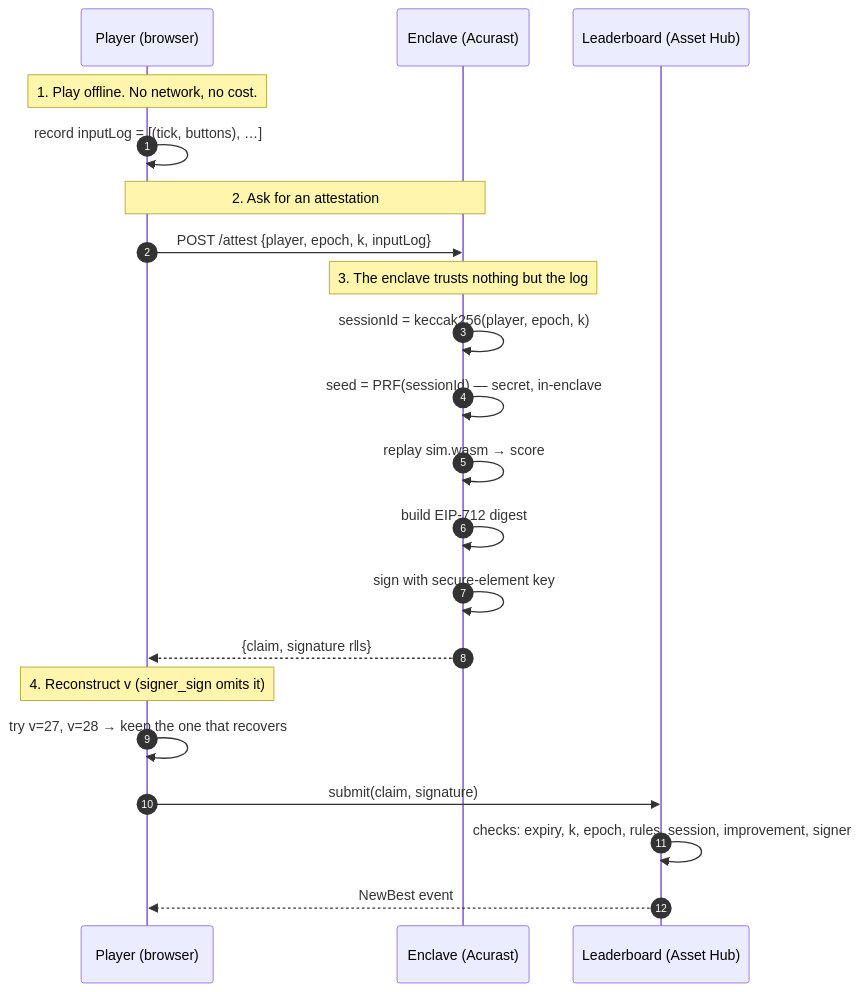
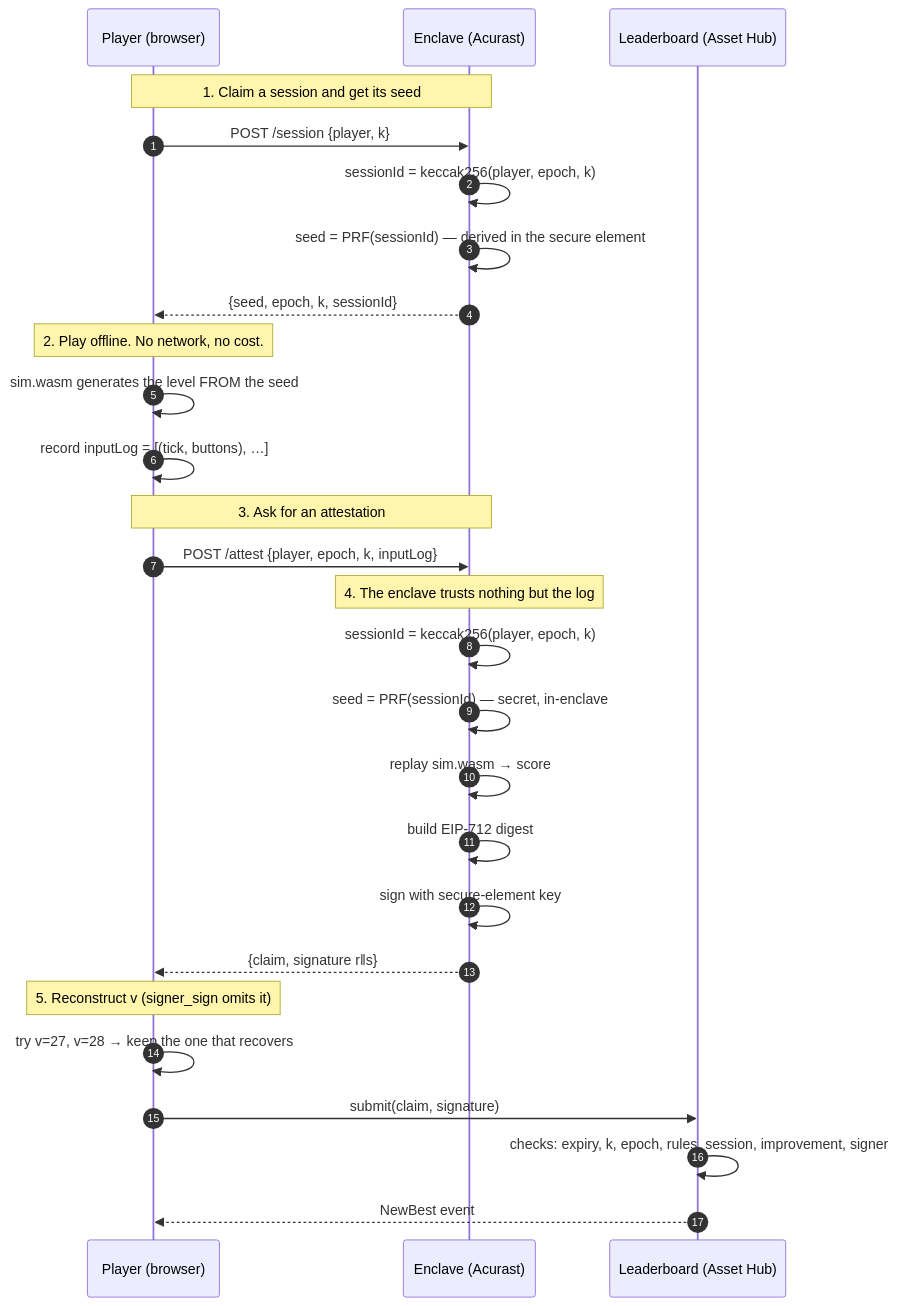
Before and after one commit to darwinsubramaniam/rainbow-polkadot: the second of 9 diagrams in docs/DEVELOPER-GUIDE.md, drawn with Mermaid. The commit also changed other lines of this file and 35 other files, not shown here.

````diff
--- a/docs/DEVELOPER-GUIDE.md
+++ b/docs/DEVELOPER-GUIDE.md
@@ -73,29 +73,36 @@
 ```mermaid
 sequenceDiagram
     autonumber
     participant P as Player (browser)
     participant E as Enclave (Acurast)
     participant L as Leaderboard (Asset Hub)
 
-    Note over P: 1. Play offline. No network, no cost.
+    Note over P,E: 1. Claim a session and get its seed
+    P->>E: POST /session {player, k}
+    E->>E: sessionId = keccak256(player, epoch, k)
+    E->>E: seed = PRF(sessionId) — derived in the secure element
+    E-->>P: {seed, epoch, k, sessionId}
+
+    Note over P: 2. Play offline. No network, no cost.
+    P->>P: sim.wasm generates the level FROM the seed
     P->>P: record inputLog = [(tick, buttons), …]
 
-    Note over P,E: 2. Ask for an attestation
+    Note over P,E: 3. Ask for an attestation
     P->>E: POST /attest {player, epoch, k, inputLog}
 
-    Note over E: 3. The enclave trusts nothing but the log
+    Note over E: 4. The enclave trusts nothing but the log
     E->>E: sessionId = keccak256(player, epoch, k)
     E->>E: seed = PRF(sessionId) — secret, in-enclave
     E->>E: replay sim.wasm → score
     E->>E: build EIP-712 digest
     E->>E: sign with secure-element key
 
     E-->>P: {claim, signature r‖s}
 
-    Note over P: 4. Reconstruct v (signer_sign omits it)
+    Note over P: 5. Reconstruct v (signer_sign omits it)
     P->>P: try v=27, v=28 → keep the one that recovers
 
     P->>L: submit(claim, signature)
     L->>L: checks: expiry, k, epoch, rules, session, improvement, signer
     L-->>P: NewBest event
 ```
````
